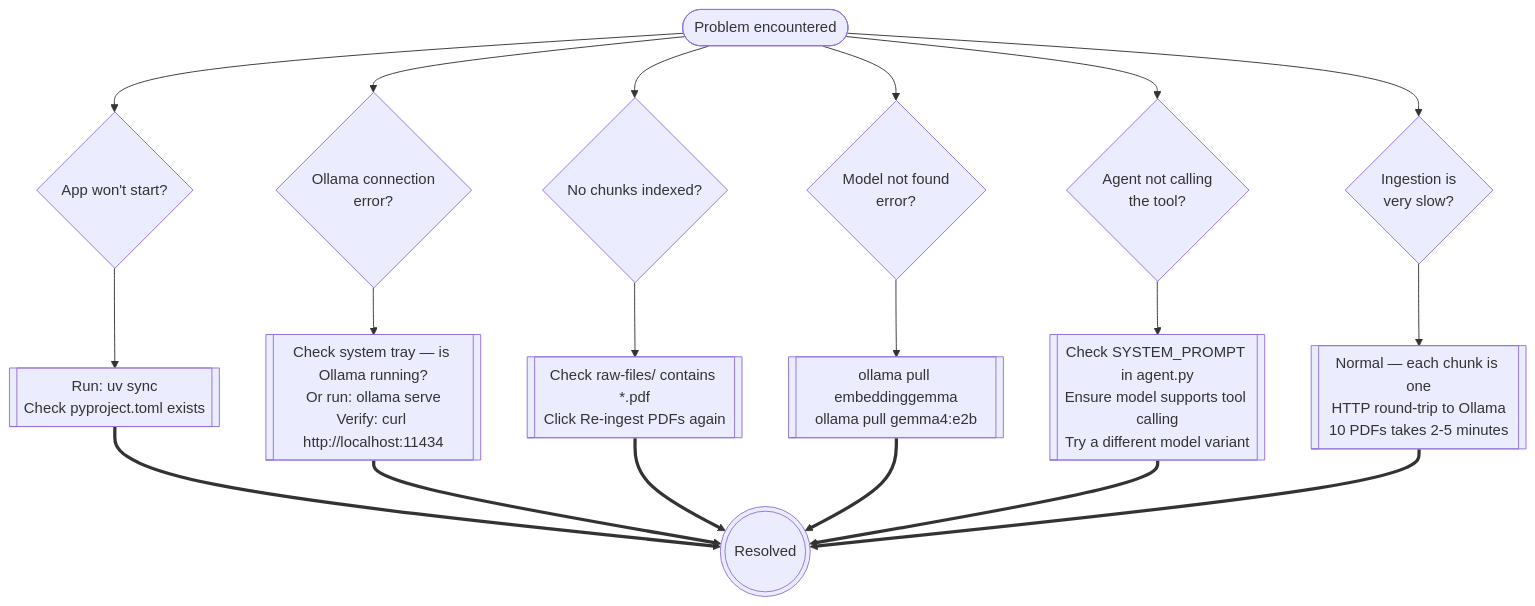
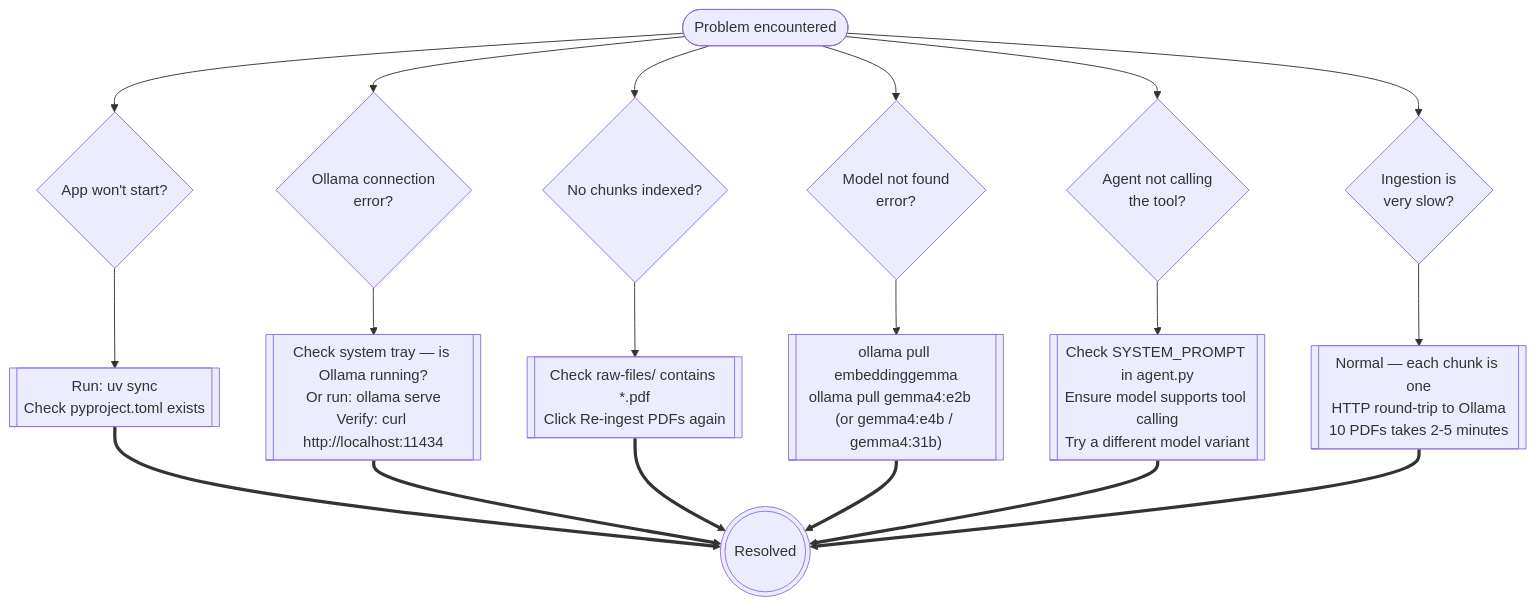
The third of 3 diagrams in docs/implementation/setup.md (AWDubs/Local-RAG), drawn with Mermaid before and after one commit. The commit also changed other lines of this file and 19 other files, not shown here.

````diff
--- a/docs/implementation/setup.md
+++ b/docs/implementation/setup.md
@@ -129,41 +135,41 @@
 ```mermaid
 flowchart TD
     accTitle: Troubleshooting decision tree
     accDescr: Common failure modes and their fixes.
 
     prob@{ shape: stadium, label: "Problem encountered" }
 
     q1@{ shape: diam, label: "App won't start?" }
     fix1@{ shape: subproc, label: "Run: uv sync\nCheck pyproject.toml exists" }
 
     q2@{ shape: diam, label: "Ollama connection\nerror?" }
     fix2@{ shape: subproc, label: "Check system tray — is Ollama running?\nOr run: ollama serve\nVerify: curl http://localhost:11434" }
 
     q3@{ shape: diam, label: "No chunks indexed?" }
     fix3@{ shape: subproc, label: "Check raw-files/ contains *.pdf\nClick Re-ingest PDFs again" }
 
     q4@{ shape: diam, label: "Model not found\nerror?" }
-    fix4@{ shape: subproc, label: "ollama pull embeddinggemma\nollama pull gemma4:e2b" }
+    fix4@{ shape: subproc, label: "ollama pull embeddinggemma\nollama pull gemma4:e2b   (or gemma4:e4b / gemma4:31b)" }
 
     q5@{ shape: diam, label: "Agent not calling\nthe tool?" }
     fix5@{ shape: subproc, label: "Check SYSTEM_PROMPT in agent.py\nEnsure model supports tool calling\nTry a different model variant" }
 
     q6@{ shape: diam, label: "Ingestion is\nvery slow?" }
     fix6@{ shape: subproc, label: "Normal — each chunk is one\nHTTP round-trip to Ollama\n10 PDFs takes 2-5 minutes" }
 
     done_t@{ shape: dbl-circ, label: "Resolved" }
 
     prob --> q1
     prob --> q2
     prob --> q3
     prob --> q4
     prob --> q5
     prob --> q6
     q1 --> fix1
     q2 --> fix2
     q3 --> fix3
     q4 --> fix4
     q5 --> fix5
     q6 --> fix6
     fix1 & fix2 & fix3 & fix4 & fix5 & fix6 ==> done_t
 ```
````
